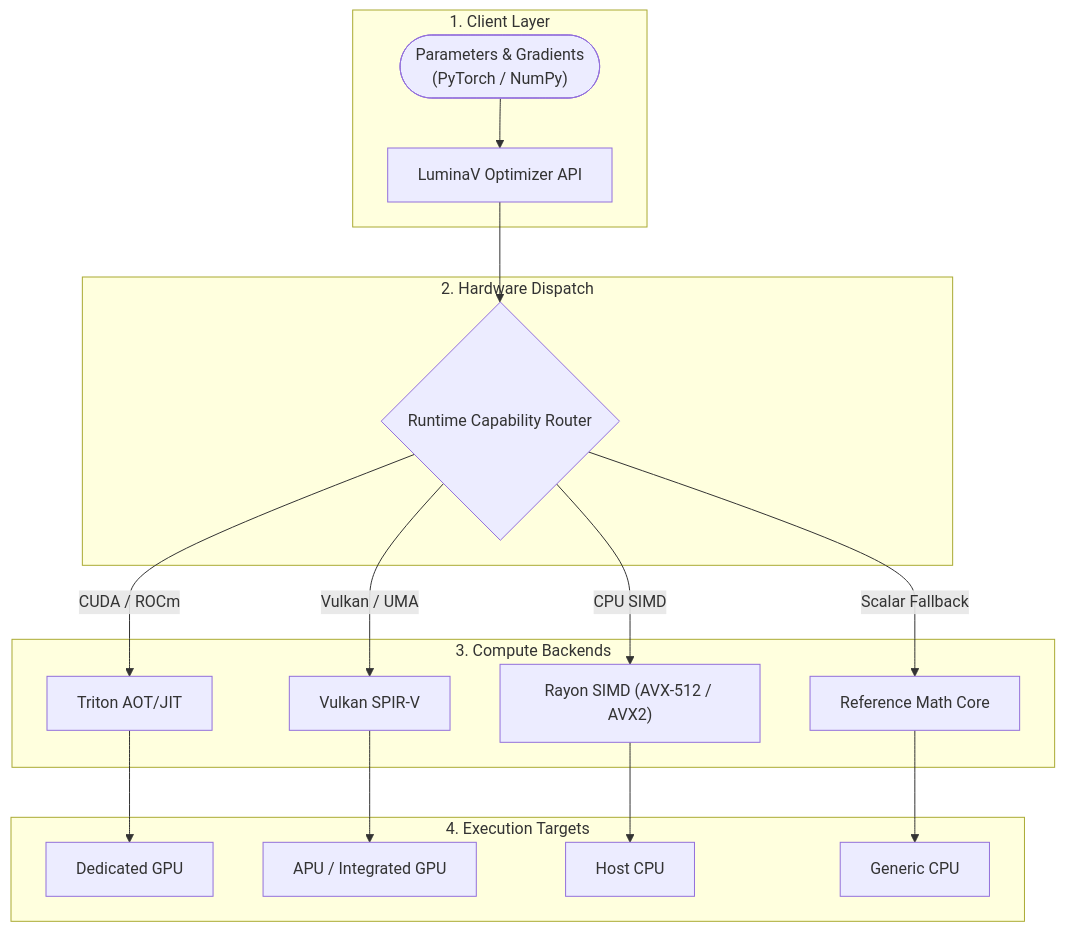
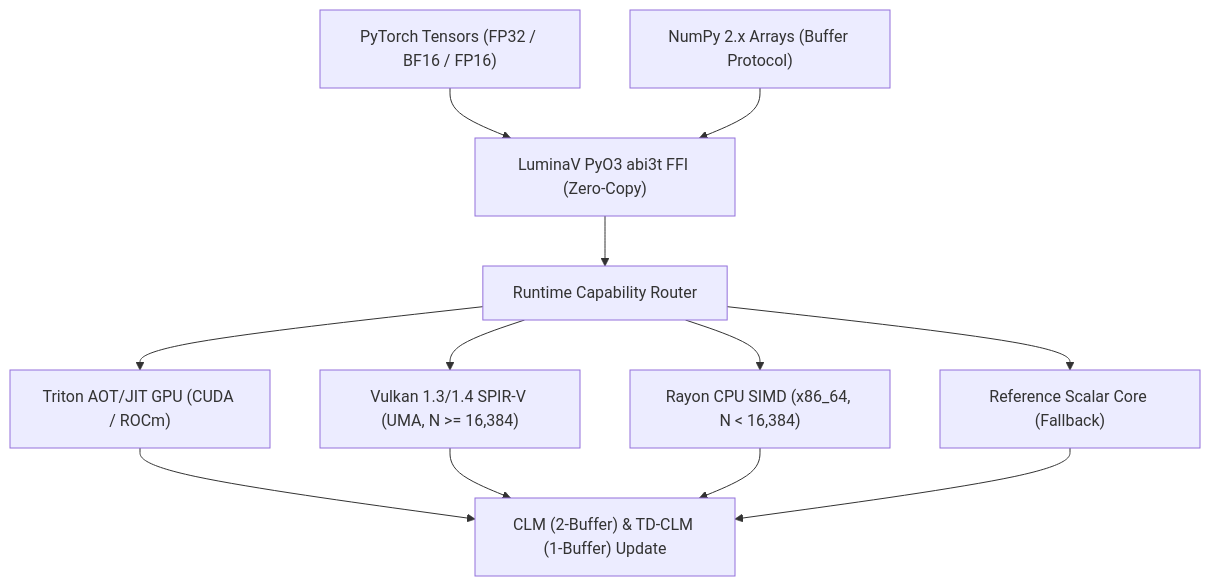
The diagram in docs/optimize/README.md (cloverx-id/luminamoon), drawn with Mermaid before and after one commit. The commit also changed other lines of this file and 49 other files, not shown here.

Commit message:
change diagram style

````diff
--- a/docs/optimize/README.md
+++ b/docs/optimize/README.md
@@ -13,24 +11,11 @@
 ```mermaid
 flowchart TD
-    subgraph Input["1. Client Layer"]
-        Params(["Parameters & Gradients\n(PyTorch / NumPy)"]) --> API["LuminaV Optimizer API"]
-    end
-
-    subgraph Dispatch["2. Hardware Dispatch"]
-        API --> Dispatcher{"Runtime Capability Router"}
-    end
-
-    subgraph Backends["3. Compute Backends"]
-        Dispatcher -->|"CUDA / ROCm"| Triton["Triton AOT/JIT"]
-        Dispatcher -->|"Vulkan / UMA"| Vulkan["Vulkan SPIR-V"]
-        Dispatcher -->|"CPU SIMD"| SIMD["Rayon SIMD (AVX-512 / AVX2)"]
-        Dispatcher -->|"Scalar Fallback"| Scalar["Reference Math Core"]
-    end
-
-    subgraph Targets["4. Execution Targets"]
-        Triton --> DevGPU["Dedicated GPU"]
-        Vulkan --> DevUMA["APU / Integrated GPU"]
-        SIMD --> DevCPU["Host CPU"]
-        Scalar --> DevGeneric["Generic CPU"]
-    end
+    PyTorch["PyTorch Tensors (FP32 / BF16 / FP16)"] --> FFI["LuminaV PyO3 abi3t FFI (Zero-Copy)"]
+    NumPy["NumPy 2.x Arrays (Buffer Protocol)"] --> FFI
+    FFI --> Dispatcher["Runtime Capability Router"]
+    Dispatcher --> Triton["Triton AOT/JIT GPU (CUDA / ROCm)"]
+    Dispatcher --> Vulkan["Vulkan 1.3/1.4 SPIR-V (UMA, N >= 16,384)"]
+    Dispatcher --> SIMD["Rayon CPU SIMD (x86_64, N < 16,384)"]
+    Dispatcher --> Scalar["Reference Scalar Core (Fallback)"]
+    Triton & Vulkan & SIMD & Scalar --> Math["CLM (2-Buffer) & TD-CLM (1-Buffer) Update"]
 ```
````
